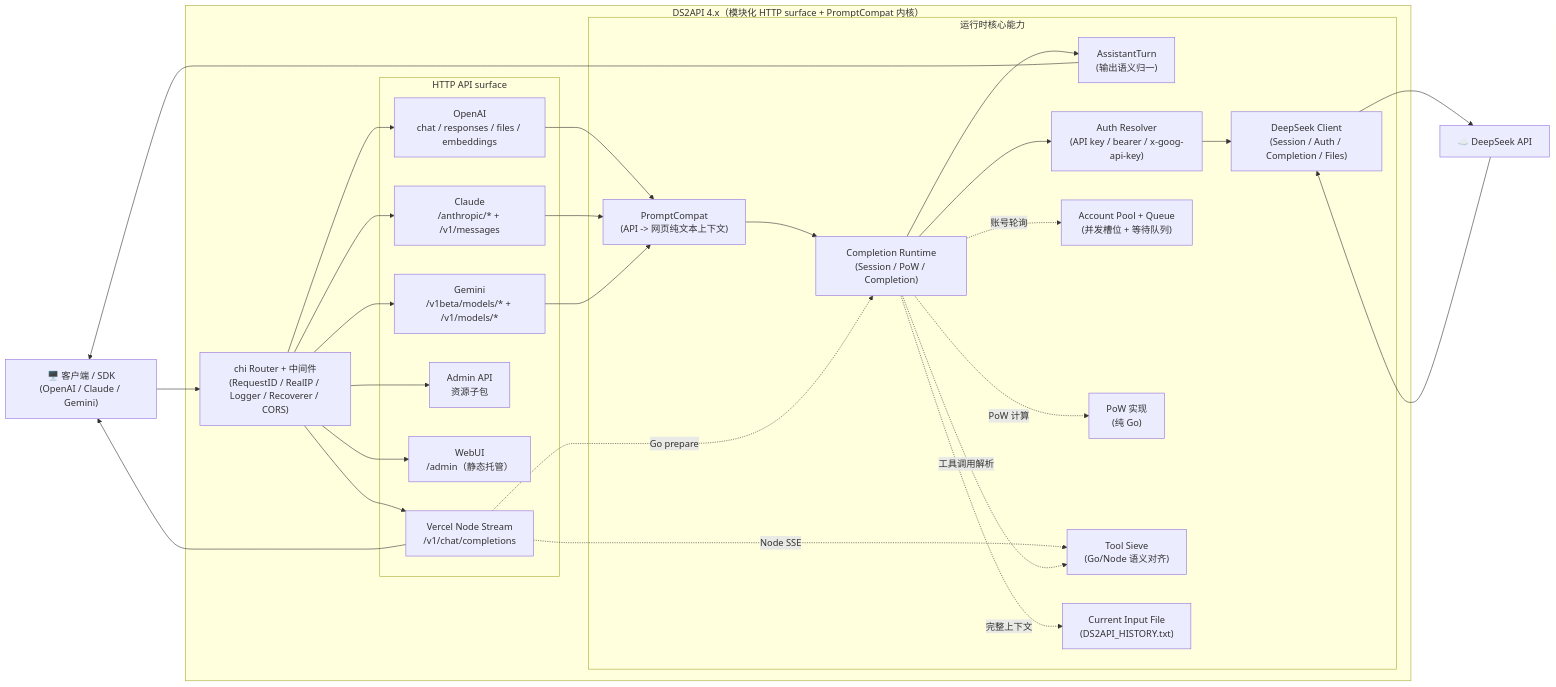
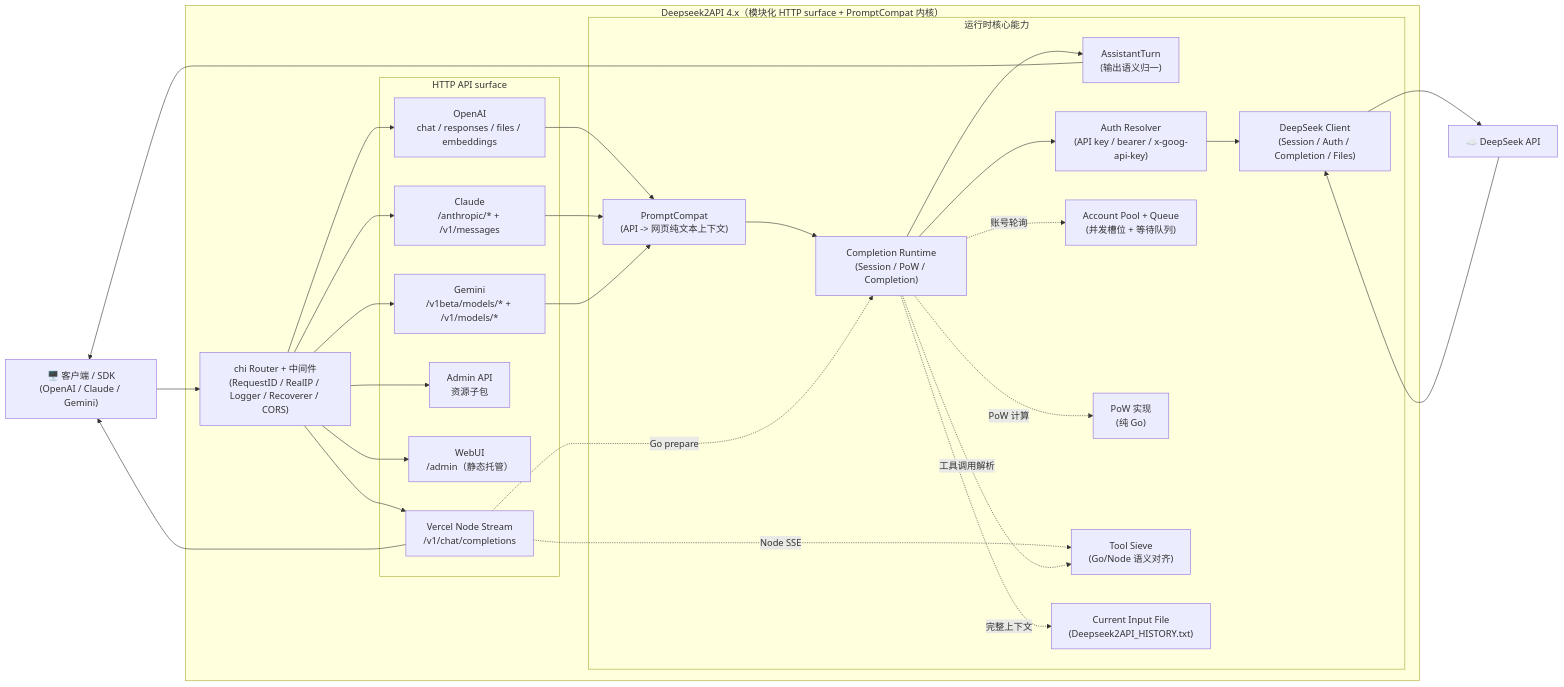
One commit to zengtao227/Deepseek2API changed the diagram in README.MD. Above: the diagram before and after it, drawn with Mermaid. The commit also changed other lines of this file and 270 other files, not shown here.

Commit message:
refactor: 全量内核更名为 Deepseek2API 并同步 Go 模块名

````diff
--- a/README.MD
+++ b/README.MD
@@ -70,53 +70,53 @@
 ```mermaid
 flowchart LR
     Client["🖥️ 客户端 / SDK\n(OpenAI / Claude / Gemini)"]
     Upstream["☁️ DeepSeek API"]
 
-    subgraph DS2API["DS2API 4.x（模块化 HTTP surface + PromptCompat 内核）"]
+    subgraph Deepseek2API["Deepseek2API 4.x（模块化 HTTP surface + PromptCompat 内核）"]
         Router["chi Router + 中间件\n(RequestID / RealIP / Logger / Recoverer / CORS)"]
 
         subgraph HTTP["HTTP API surface"]
             OA["OpenAI\nchat / responses / files / embeddings"]
             CA["Claude\n/anthropic/* + /v1/messages"]
             GA["Gemini\n/v1beta/models/* + /v1/models/*"]
             Admin["Admin API\n资源子包"]
             WebUI["WebUI\n/admin（静态托管）"]
             Vercel["Vercel Node Stream\n/v1/chat/completions"]
         end
 
         subgraph Runtime["运行时核心能力"]
             Compat["PromptCompat\n(API -> 网页纯文本上下文)"]
             Completion["Completion Runtime\n(Session / PoW / Completion)"]
             Turn["AssistantTurn\n(输出语义归一)"]
             Auth["Auth Resolver\n(API key / bearer / x-goog-api-key)"]
             Pool["Account Pool + Queue\n(并发槽位 + 等待队列)"]
             DSClient["DeepSeek Client\n(Session / Auth / Completion / Files)"]
             Pow["PoW 实现\n(纯 Go)"]
             Tool["Tool Sieve\n(Go/Node 语义对齐)"]
-            History["Current Input File\n(DS2API_HISTORY.txt)"]
+            History["Current Input File\n(Deepseek2API_HISTORY.txt)"]
         end
     end
 
     Client --> Router
     Router --> OA & CA & GA
     Router --> Admin
     Router --> WebUI
     Router --> Vercel
 
     OA --> Compat
     CA & GA --> Compat
     Compat --> Completion
     Completion -.完整上下文.-> History
     Completion --> Turn
     Vercel -.Go prepare.-> Completion
     Vercel -.Node SSE.-> Tool
     Completion --> Auth
     Completion -.账号轮询.-> Pool
     Completion -.工具调用解析.-> Tool
     Completion -.PoW 计算.-> Pow
     Auth --> DSClient
     DSClient --> Upstream
     Upstream --> DSClient
     Turn --> Client
     Vercel --> Client
 ```
````
